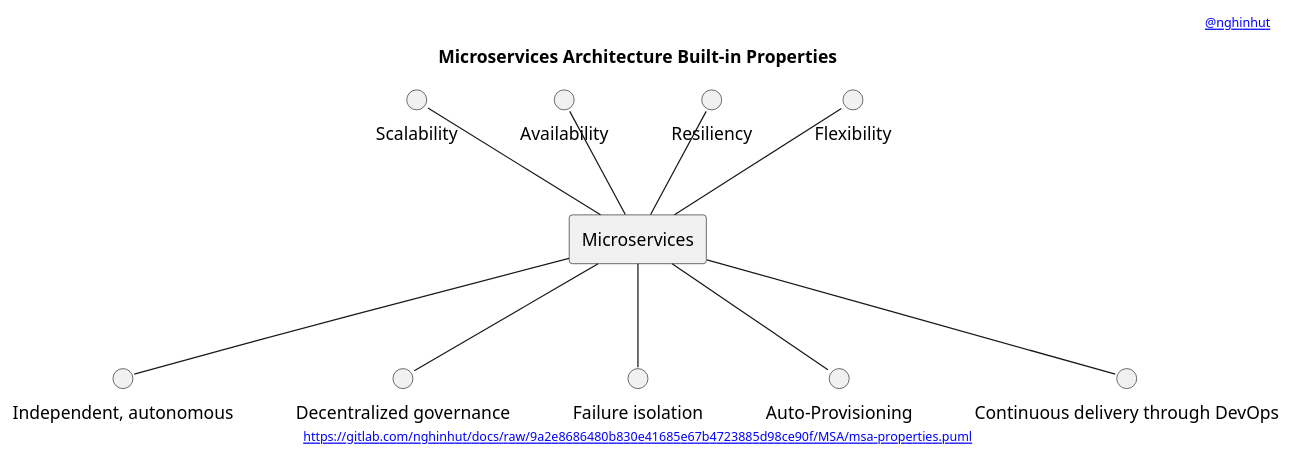
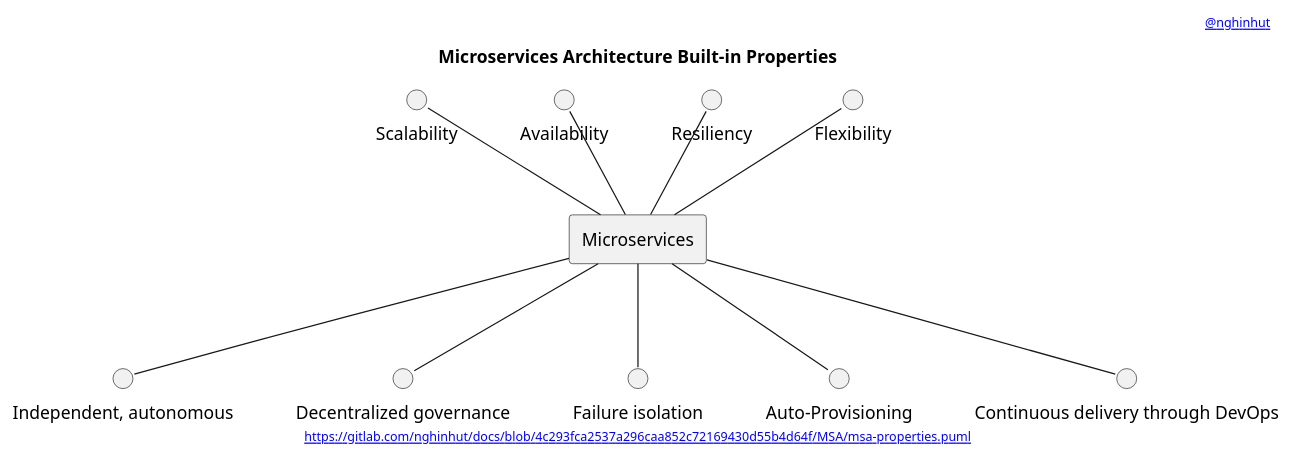
One commit to nghinhut/docs changed the diagram in MSA/msa-properties.puml. Above: the diagram before and after it, drawn with PlantUML. The commit also changed 18 other files, not shown here.

Commit message:
Update diagrams

```diff
--- a/MSA/msa-properties.puml
+++ b/MSA/msa-properties.puml
@@ -1,31 +1,31 @@
 @startuml
 '-----START auto generated metadata please keep comment here to allow auto update-----
 '-----DON'T EDIT THIS SECTION, INSTEAD RE-RUN prebuild.sh TO UPDATE-----
 header [[mailto:nghinhut@gmail.com @nghinhut]]
-footer [[https://gitlab.com/nghinhut/docs/raw/9a2e8686480b830e41685e67b4723885d98ce90f/MSA/msa-properties.puml]]
+footer [[https://gitlab.com/nghinhut/docs/blob/4c293fca2537a296caa852c72169430d55b4d64f/MSA/msa-properties.puml]]
 '-----END auto generated metadata please keep comment here to allow auto update-----
 title Microservices Architecture Built-in Properties
 
 rectangle "Microservices" as msa
 
 circle "Scalability" as scalability
 circle "Availability" as availability
 circle "Resiliency" as resiliency
 circle "Flexibility" as flexibility
 circle "Independent, autonomous" as independent_autonomous
 circle "Decentralized governance" as decentralized_governance
 circle "Failure isolation" as failure_isolation
 circle "Auto-Provisioning" as auto_provisioning
 circle "Continuous delivery through DevOps" as cd
 
 scalability -- msa
 availability -- msa
 resiliency -- msa
 flexibility -- msa
 msa -- independent_autonomous
 msa -- decentralized_governance
 msa -- failure_isolation
 msa -- auto_provisioning
 msa -- cd
 
 @enduml
```
